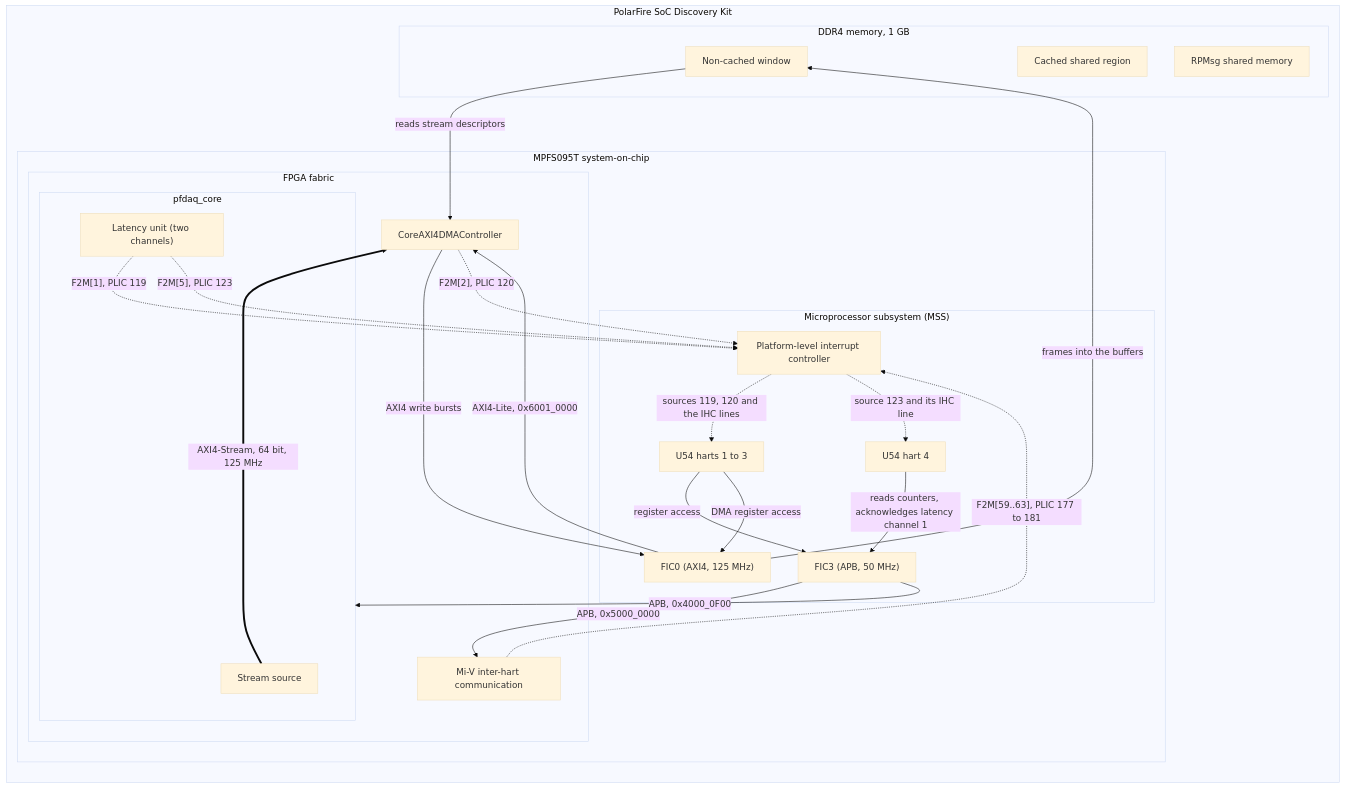
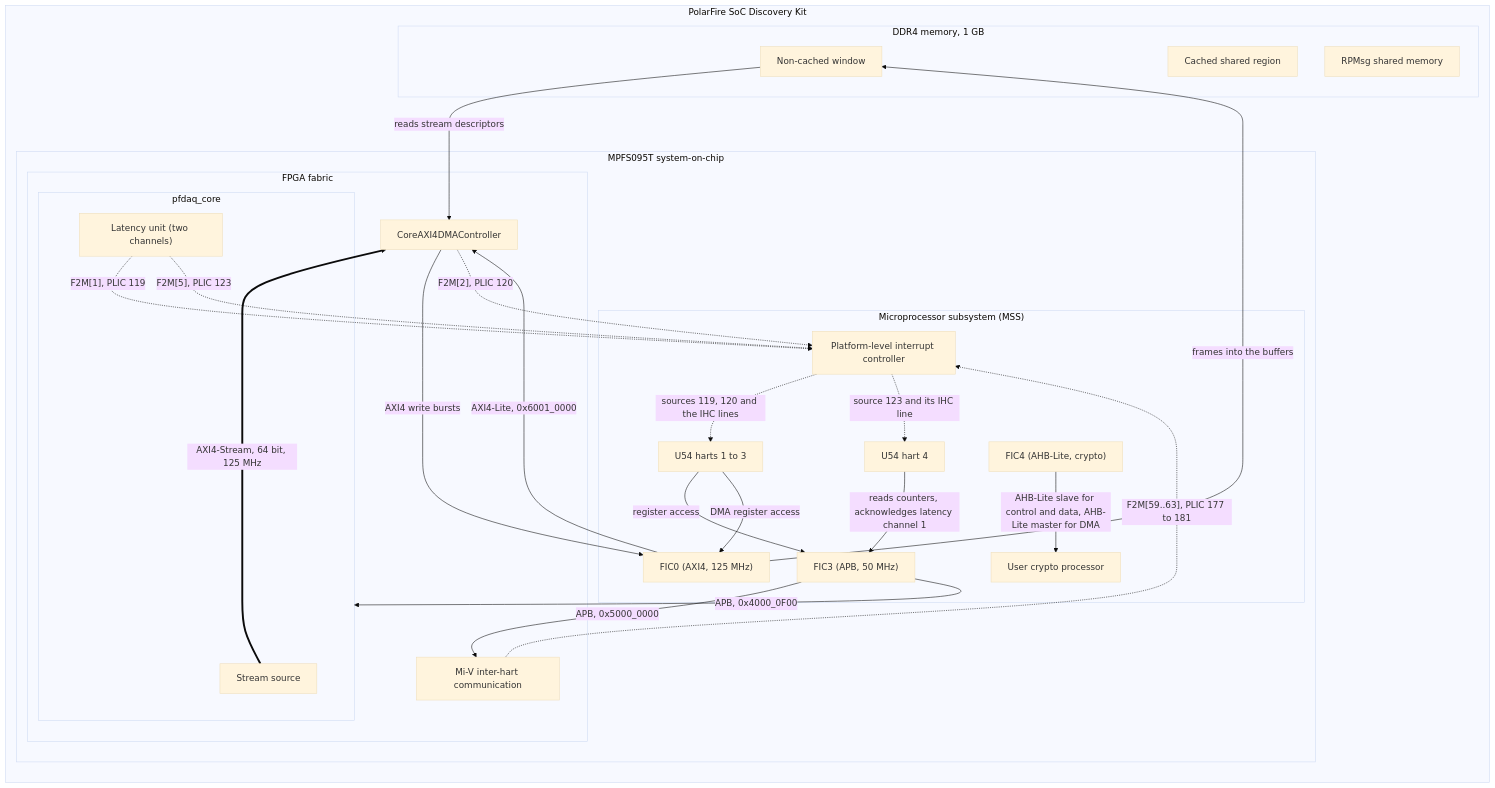
The first of 2 diagrams in docs/system/README.md (ismailalitech/pfdaq), drawn with Mermaid (base theme) before and after one commit. The commit also changed other lines of this file and 19 other files, not shown here.

First line of the commit message:
Security track: FIC4 and the crypto processor, secure boot, offline signed-boot lab

````diff
--- a/docs/system/README.md
+++ b/docs/system/README.md
@@ -13,43 +13,46 @@
 ```mermaid
 flowchart LR
   subgraph board["PolarFire SoC Discovery Kit"]
     subgraph soc["MPFS095T system-on-chip"]
       subgraph mss["Microprocessor subsystem (MSS)"]
         u54_linux["U54 harts 1 to 3"]
         u54_4["U54 hart 4"]
         plic["Platform-level interrupt controller"]
         fic0["FIC0 (AXI4, 125 MHz)"]
         fic3["FIC3 (APB, 50 MHz)"]
+        fic4["FIC4 (AHB-Lite, crypto)"]
+        crypto_processor["User crypto processor"]
       end
       subgraph fabric["FPGA fabric"]
         subgraph pfdaq_core["pfdaq_core"]
           pfdaq_stream_src["Stream source"]
           pfdaq_latency["Latency unit (two channels)"]
         end
         dma["CoreAXI4DMAController"]
         ihc["Mi-V inter-hart communication"]
       end
     end
     subgraph ddr["DDR4 memory, 1 GB"]
       ddr_noncached["Non-cached window"]
       ddr_cached_shared["Cached shared region"]
       ddr_rpmsg["RPMsg shared memory"]
     end
   end
   u54_linux -->|"register access"| fic3
   u54_4 -->|"reads counters, acknowledges latency channel 1"| fic3
   fic3 -->|"APB, 0x4000_0F00"| pfdaq_core
   fic3 -->|"APB, 0x5000_0000"| ihc
+  fic4 -->|"AHB-Lite slave for control and data, AHB-Lite master for DMA"| crypto_processor
   u54_linux -->|"DMA register access"| fic0
   fic0 -->|"AXI4-Lite, 0x6001_0000"| dma
   pfdaq_stream_src ==>|"AXI4-Stream, 64 bit, 125 MHz"| dma
   dma -->|"AXI4 write bursts"| fic0
   fic0 -->|"frames into the buffers"| ddr_noncached
   ddr_noncached -->|"reads stream descriptors"| dma
   dma -.->|"F2M[2], PLIC 120"| plic
   pfdaq_latency -.->|"F2M[1], PLIC 119"| plic
   pfdaq_latency -.->|"F2M[5], PLIC 123"| plic
   ihc -.->|"F2M[59..63], PLIC 177 to 181"| plic
   plic -.->|"sources 119, 120 and the IHC lines"| u54_linux
   plic -.->|"source 123 and its IHC line"| u54_4
 ```
````
